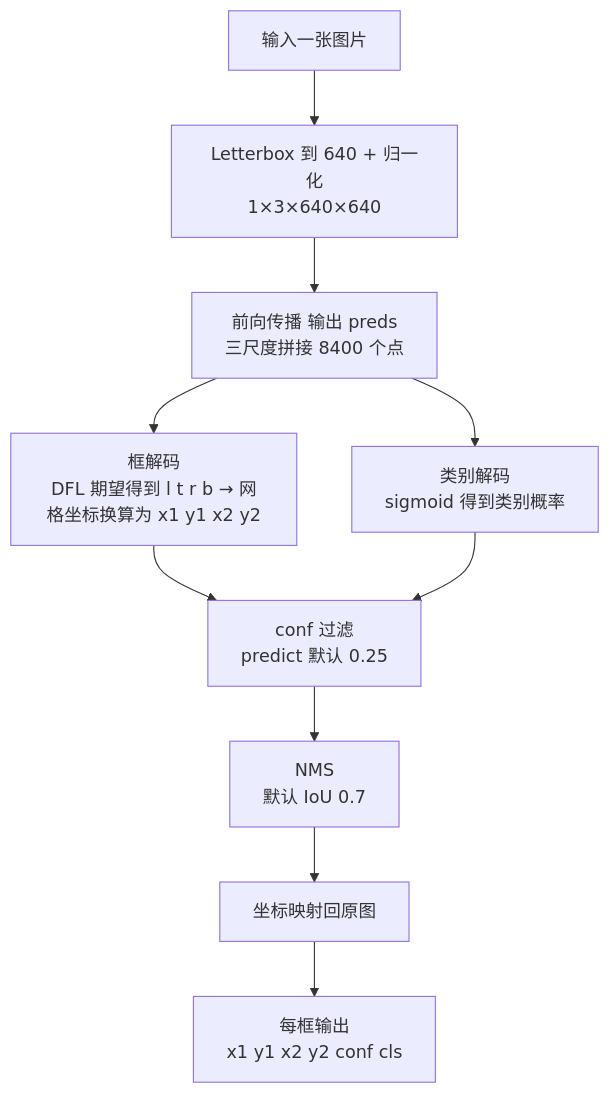
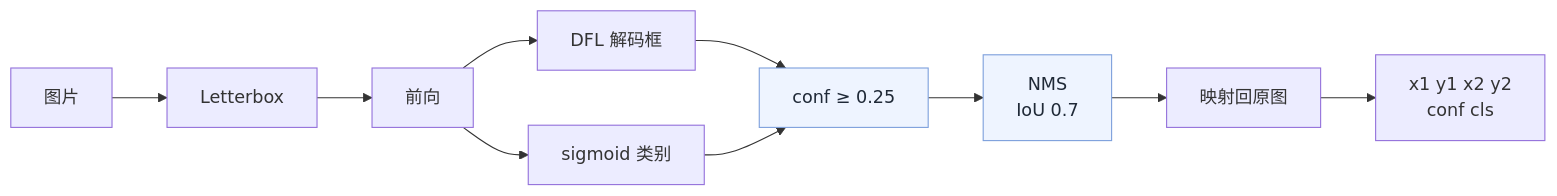
One commit to cheerhin-yi/Doctoral-Research-Outline changed the diagram in 00_Practice_UAV_Aerial_Detection/Learning_Notes/assets/01_YOLO_Research_Core/01_yolo_infer.mmd. Above: the diagram before and after it, drawn with Mermaid. The commit also changed 35 other files, not shown here.

```diff
--- a/00_Practice_UAV_Aerial_Detection/Learning_Notes/assets/01_YOLO_Research_Core/01_yolo_infer.mmd
+++ b/00_Practice_UAV_Aerial_Detection/Learning_Notes/assets/01_YOLO_Research_Core/01_yolo_infer.mmd
@@ -1,10 +1,12 @@
-flowchart TD
-    I["输入一张图片"] --> P["Letterbox 到 640 + 归一化<br/>1×3×640×640"]
-    P --> F["前向传播 输出 preds<br/>三尺度拼接 8400 个点"]
-    F --> DF["框解码<br/>DFL 期望得到 l t r b → 网格坐标换算为 x1 y1 x2 y2"]
-    F --> SG["类别解码<br/>sigmoid 得到类别概率"]
-    DF --> CF["conf 过滤<br/>predict 默认 0.25"]
-    SG --> CF
-    CF --> NM["NMS<br/>默认 IoU 0.7"]
-    NM --> SC["坐标映射回原图"]
-    SC --> OUT["每框输出<br/>x1 y1 x2 y2 conf cls"]
+flowchart LR
+    I["图片"] --> P["Letterbox"]
+    P --> F["前向"]
+    F --> D["DFL 解码框"]
+    F --> S["sigmoid 类别"]
+    D --> C["conf ≥ 0.25"]
+    S --> C
+    C --> N["NMS<br/>IoU 0.7"]
+    N --> R["映射回原图"]
+    R --> O["x1 y1 x2 y2<br/>conf cls"]
+    classDef acc fill:#eef4ff,stroke:#7c9fdc,color:#1f2937
+    class C,N acc
```
